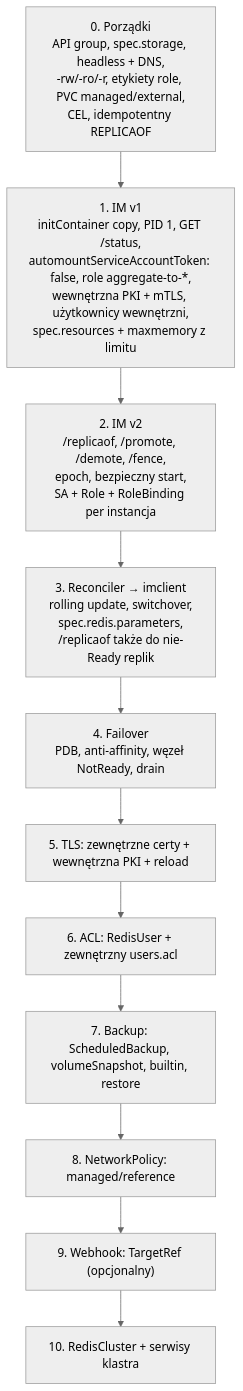
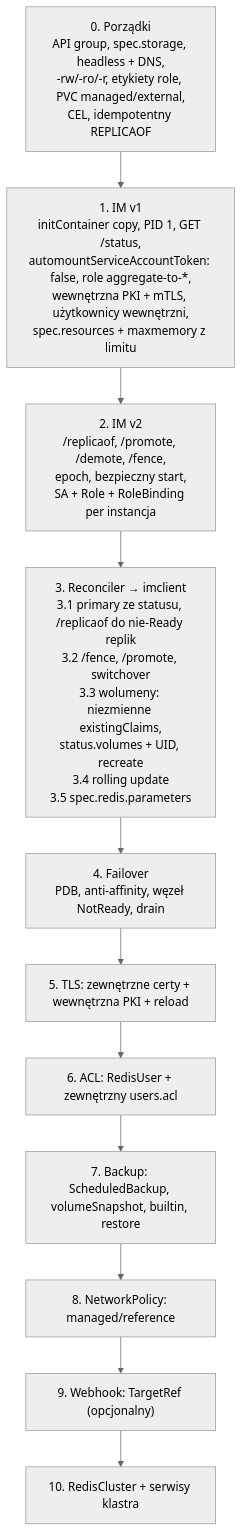
Before and after one commit to MrPickle311/redis-operator: the ninth of 9 diagrams in redis-operator-master-plan.md, drawn with Mermaid (neutral theme). The commit also changed other lines of this file and 1 other file, not shown here.

Commit message:
Enhance Redis Operator documentation with detailed switchover steps, fencing logic, replication flow, and volume management policies

````diff
--- a/redis-operator-master-plan.md
+++ b/redis-operator-master-plan.md
@@ -814,15 +868,15 @@
 ```mermaid
 graph TD
     S0["0. Porządki<br/>API group, spec.storage, headless + DNS,<br/>-rw/-ro/-r, etykiety role, PVC managed/external,<br/>CEL, idempotentny REPLICAOF"]
     S1["1. IM v1<br/>initContainer copy, PID 1, GET /status,<br/>automountServiceAccountToken: false, role aggregate-to-*,<br/>wewnętrzna PKI + mTLS, użytkownicy wewnętrzni,<br/>spec.resources + maxmemory z limitu"]
     S2["2. IM v2<br/>/replicaof, /promote, /demote, /fence,<br/>epoch, bezpieczny start,<br/>SA + Role + RoleBinding per instancja"]
-    S3["3. Reconciler → imclient<br/>rolling update, switchover,<br/>spec.redis.parameters,<br/>/replicaof także do nie-Ready replik"]
+    S3["3. Reconciler → imclient<br/>3.1 primary ze statusu, /replicaof do nie-Ready replik<br/>3.2 /fence, /promote, switchover<br/>3.3 wolumeny: niezmienne existingClaims,<br/>status.volumes + UID, recreate<br/>3.4 rolling update<br/>3.5 spec.redis.parameters"]
     S4["4. Failover<br/>PDB, anti-affinity, węzeł NotReady, drain"]
     S5["5. TLS: zewnętrzne certy + wewnętrzna PKI + reload"]
     S6["6. ACL: RedisUser + zewnętrzny users.acl"]
     S7["7. Backup: ScheduledBackup, volumeSnapshot, builtin, restore"]
     S8["8. NetworkPolicy: managed/reference"]
     S9["9. Webhook: TargetRef (opcjonalny)"]
     S10["10. RedisCluster + serwisy klastra"]
     S0 --> S1 --> S2 --> S3 --> S4 --> S5 --> S6 --> S7 --> S8 --> S9 --> S10
 ```
````
